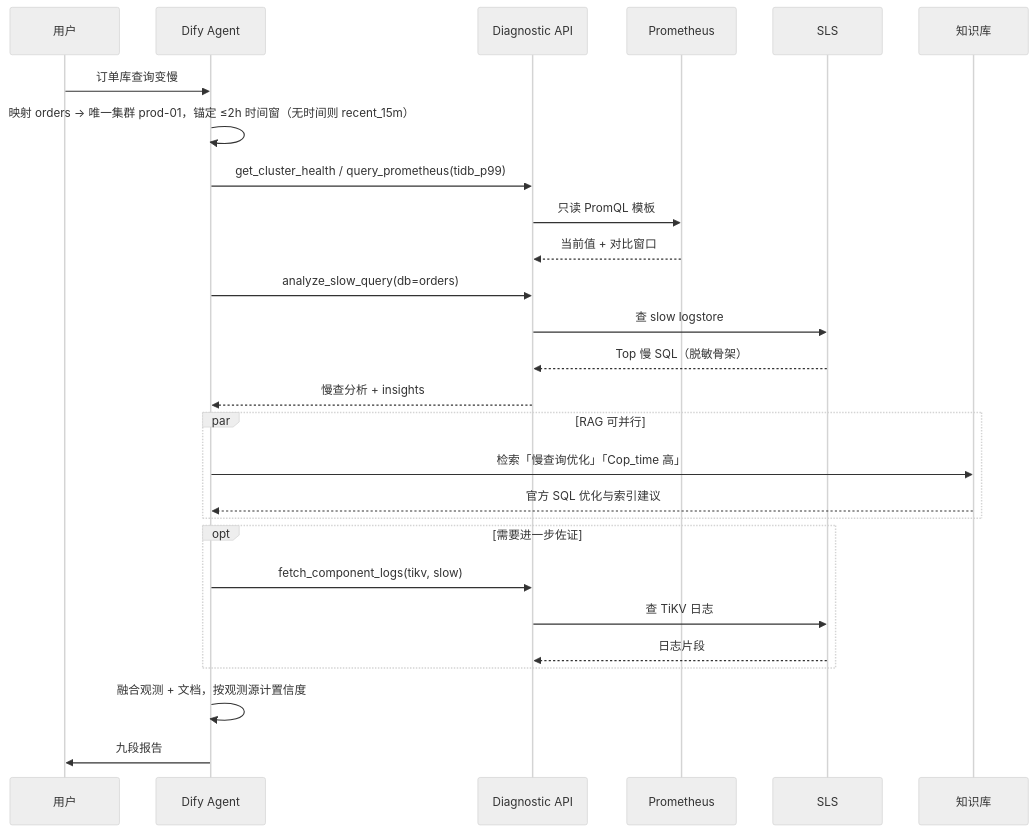
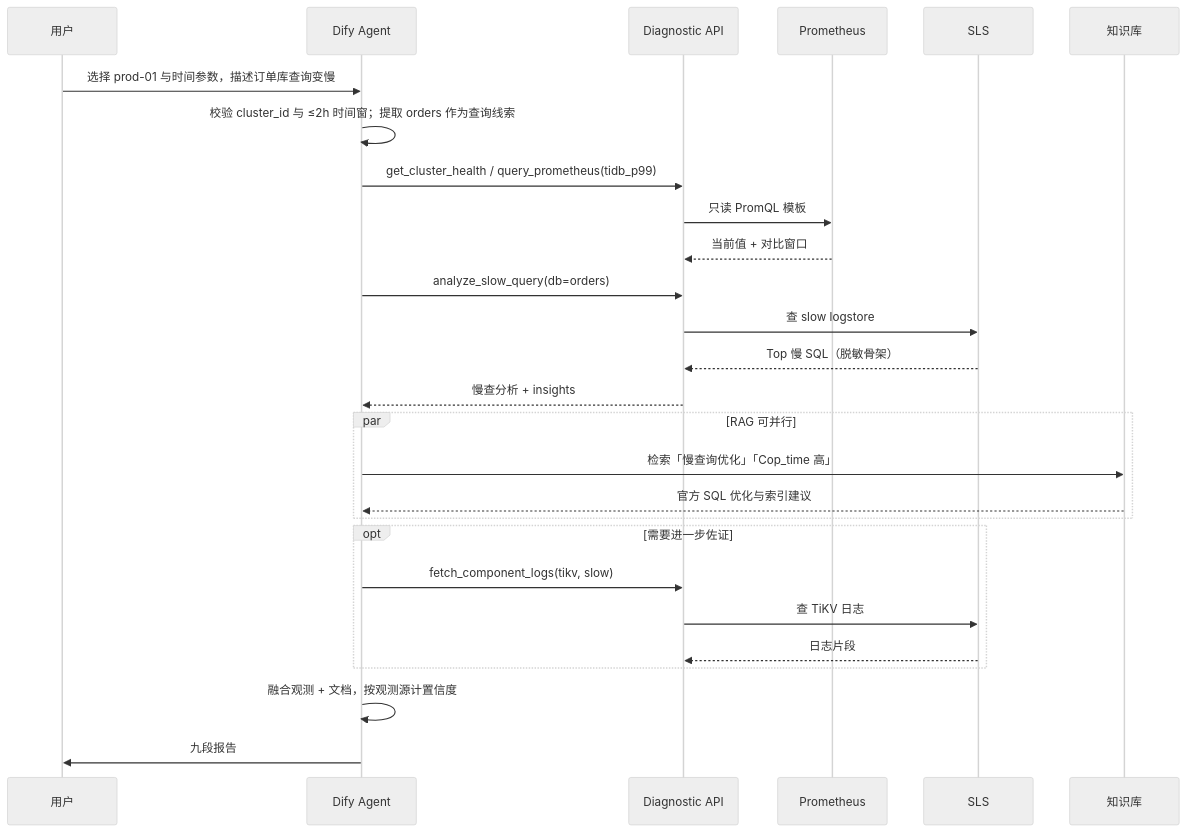
The eighth of 10 diagrams in docs/tidb-diag-agent-technical-design.md (yangzhengjie/tidb-diag), drawn with Mermaid (neutral theme) before and after one commit. The commit also changed other lines of this file and 1 other file, not shown here.

Commit message:
docs: define Dify inputs and architecture baseline

````diff
--- a/docs/tidb-diag-agent-technical-design.md
+++ b/docs/tidb-diag-agent-technical-design.md
@@ -876,30 +881,30 @@
 ```mermaid
 sequenceDiagram
     participant U as 用户
     participant A as Dify Agent
     participant API as Diagnostic API
     participant P as Prometheus
     participant S as SLS
     participant KB as 知识库
 
-    U->>A: 订单库查询变慢
-    A->>A: 映射 orders → 唯一集群 prod-01，锚定 ≤2h 时间窗（无时间则 recent_15m）
+    U->>A: 选择 prod-01 与时间参数，描述订单库查询变慢
+    A->>A: 校验 cluster_id 与 ≤2h 时间窗；提取 orders 作为查询线索
     A->>API: get_cluster_health / query_prometheus(tidb_p99)
     API->>P: 只读 PromQL 模板
     P-->>API: 当前值 + 对比窗口
     A->>API: analyze_slow_query(db=orders)
     API->>S: 查 slow logstore
     S-->>API: Top 慢 SQL（脱敏骨架）
     API-->>A: 慢查分析 + insights
     par RAG 可并行
         A->>KB: 检索「慢查询优化」「Cop_time 高」
         KB-->>A: 官方 SQL 优化与索引建议
     end
     opt 需要进一步佐证
         A->>API: fetch_component_logs(tikv, slow)
         API->>S: 查 TiKV 日志
         S-->>API: 日志片段
     end
     A->>A: 融合观测 + 文档，按观测源计置信度
     A->>U: 九段报告
 ```
````
